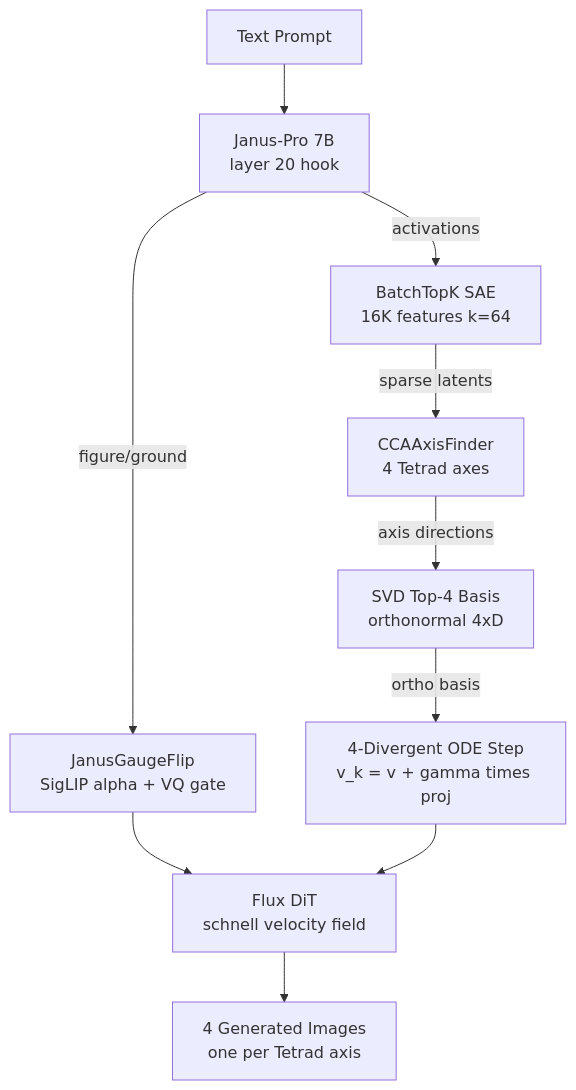
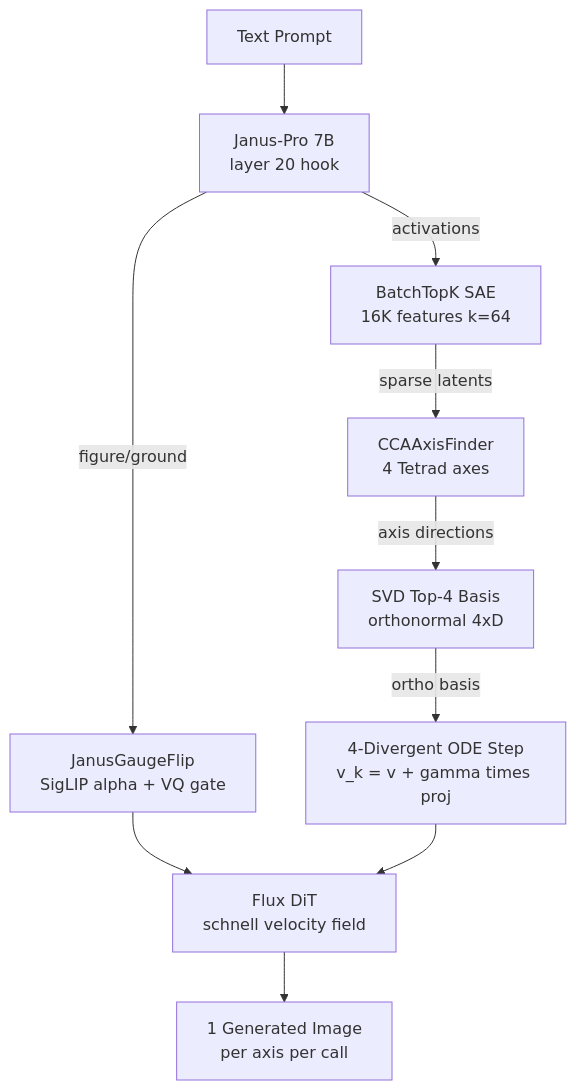
One commit to hinanohart/tetradflow changed the diagram in README.md. Above: the diagram before and after it, drawn with Mermaid. The commit also changed other lines of this file, not shown here.

````diff
--- a/README.md
+++ b/README.md
@@ -26,22 +28,22 @@
 ```mermaid
 flowchart TD
     Prompt[Text Prompt]
     JanusPro[Janus-Pro 7B<br>layer 20 hook]
     SAE[BatchTopK SAE<br>16K features k=64]
     CCA[CCAAxisFinder<br>4 Tetrad axes]
     SVD[SVD Top-4 Basis<br>orthonormal 4xD]
     ODE[4-Divergent ODE Step<br>v_k = v + gamma times proj]
     Flux[Flux DiT<br>schnell velocity field]
     Gauge[JanusGaugeFlip<br>SigLIP alpha + VQ gate]
-    Output[4 Generated Images<br>one per Tetrad axis]
+    Output[1 Generated Image<br>per axis per call]
 
     Prompt --> JanusPro
     JanusPro -->|activations| SAE
     SAE -->|sparse latents| CCA
     CCA -->|axis directions| SVD
     SVD -->|ortho basis| ODE
     JanusPro -->|figure/ground| Gauge
     Gauge --> Flux
     ODE --> Flux
     Flux --> Output
 ```
````
